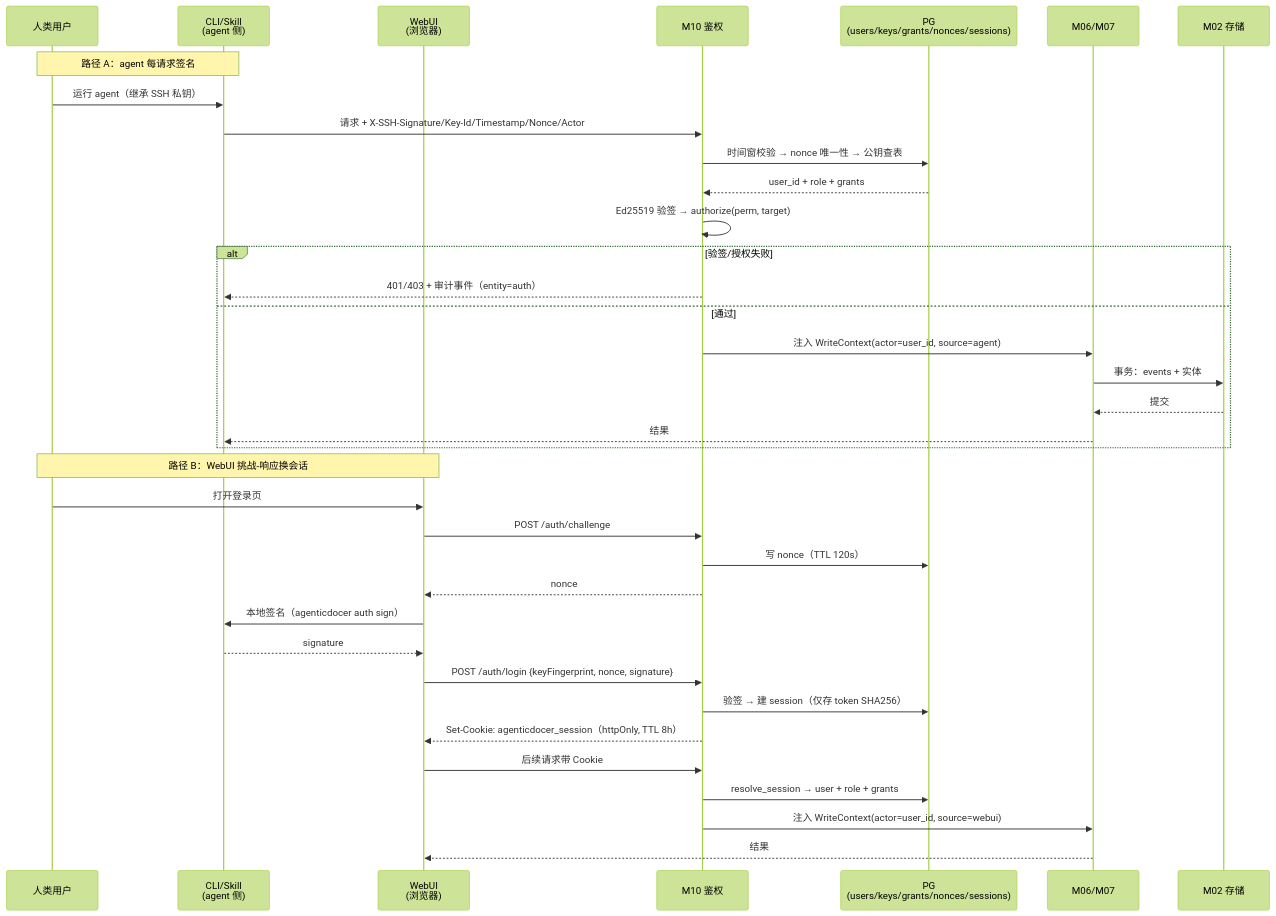
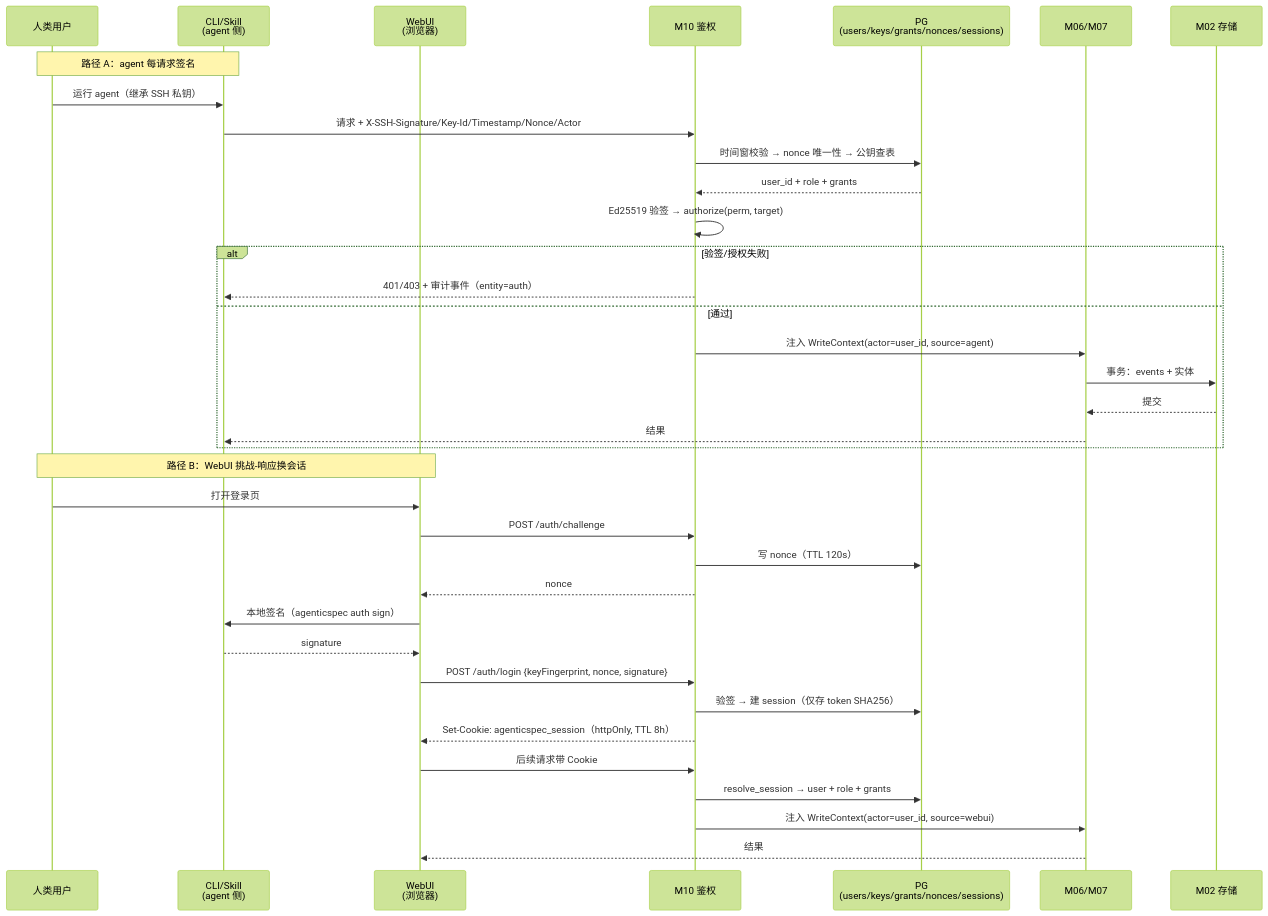
One commit to amoslee2026/AgenticDocer changed the fifth of 6 diagrams in spec/arch_spec/data_flow_diagrams.md. Above: the diagram before and after it, drawn with Mermaid (forest theme). The commit also changed other lines of this file and 241 other files, not shown here.

````diff
--- a/spec/arch_spec/data_flow_diagrams.md
+++ b/spec/arch_spec/data_flow_diagrams.md
@@ -95,40 +95,40 @@
 ```mermaid
 sequenceDiagram
     participant U as 人类用户
     participant CLI as CLI/Skill<br/>(agent 侧)
     participant WEB as WebUI<br/>(浏览器)
     participant M10 as M10 鉴权
     participant DB as PG<br/>(users/keys/grants/nonces/sessions)
     participant API as M06/M07
     participant ST as M02 存储
 
     Note over U,CLI: 路径 A：agent 每请求签名
     U->>CLI: 运行 agent（继承 SSH 私钥）
     CLI->>M10: 请求 + X-SSH-Signature/Key-Id/Timestamp/Nonce/Actor
     M10->>DB: 时间窗校验 → nonce 唯一性 → 公钥查表
     DB-->>M10: user_id + role + grants
     M10->>M10: Ed25519 验签 → authorize(perm, target)
     alt 验签/授权失败
         M10-->>CLI: 401/403 + 审计事件（entity=auth）
     else 通过
         M10->>API: 注入 WriteContext(actor=user_id, source=agent)
         API->>ST: 事务：events + 实体
         ST-->>API: 提交
         API-->>CLI: 结果
     end
 
     Note over U,WEB: 路径 B：WebUI 挑战-响应换会话
     U->>WEB: 打开登录页
     WEB->>M10: POST /auth/challenge
     M10->>DB: 写 nonce（TTL 120s）
     M10-->>WEB: nonce
-    WEB->>CLI: 本地签名（agenticdocer auth sign）
+    WEB->>CLI: 本地签名（agenticspec auth sign）
     CLI-->>WEB: signature
     WEB->>M10: POST /auth/login {keyFingerprint, nonce, signature}
     M10->>DB: 验签 → 建 session（仅存 token SHA256）
-    M10-->>WEB: Set-Cookie: agenticdocer_session（httpOnly, TTL 8h）
+    M10-->>WEB: Set-Cookie: agenticspec_session（httpOnly, TTL 8h）
     WEB->>M10: 后续请求带 Cookie
     M10->>DB: resolve_session → user + role + grants
     M10->>API: 注入 WriteContext(actor=user_id, source=webui)
     API-->>WEB: 结果
 ```
````
